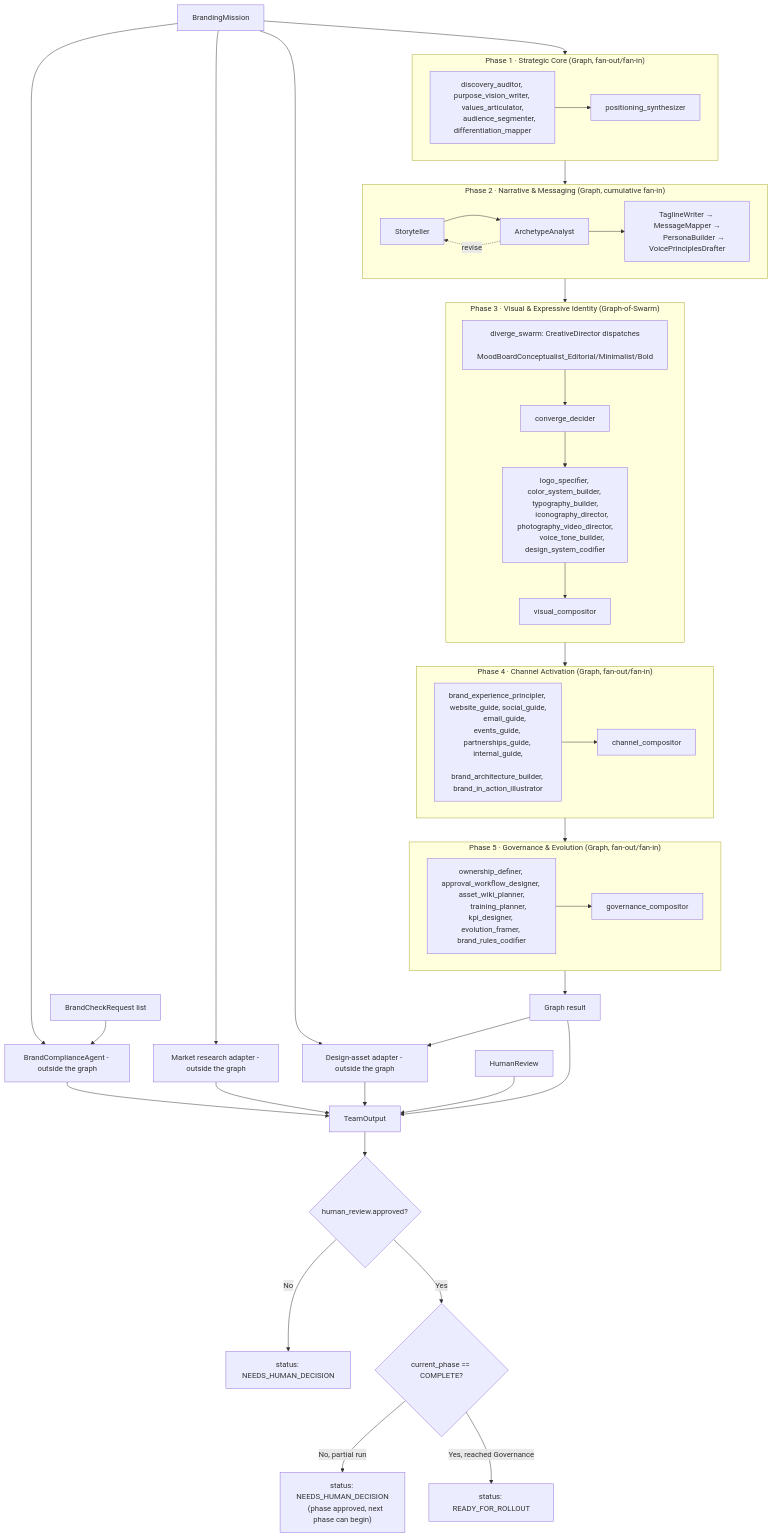
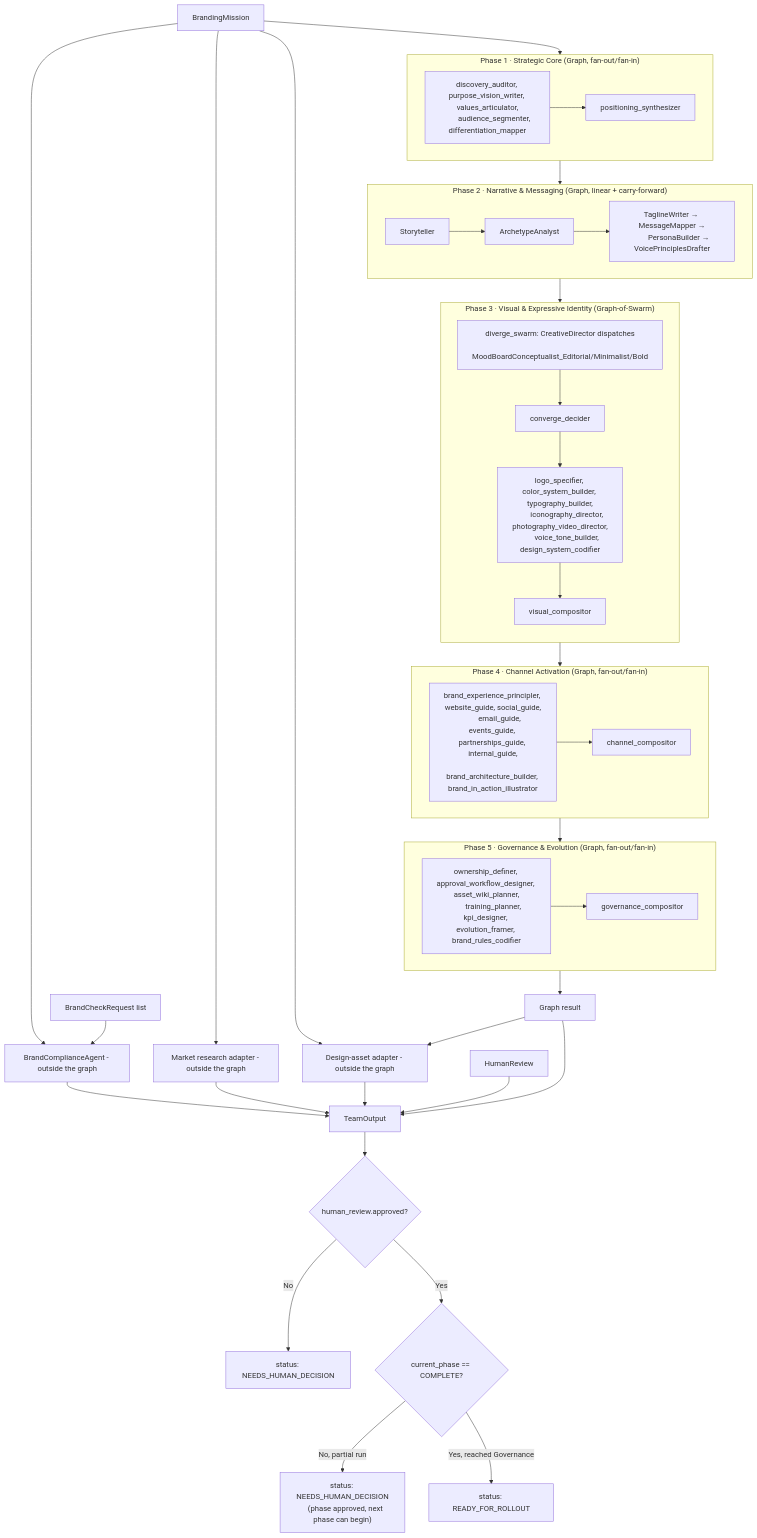
The first of 3 diagrams in backend/agents/branding_team/README.md (brandonkindred/Khala-Agentic-AI-Teams), drawn with Mermaid before and after one commit. The commit also changed other lines of this file and 8 other files, not shown here.

First line of the commit message:
Fix Phase 2 Graph races with linear carry-forward models.

````diff
--- a/backend/agents/branding_team/README.md
+++ b/backend/agents/branding_team/README.md
@@ -41,70 +41,69 @@
 ```mermaid
 flowchart TB
     Mission[BrandingMission] --> P1
 
     subgraph P1 ["Phase 1 · Strategic Core (Graph, fan-out/fan-in)"]
         direction LR
         P1nodes["discovery_auditor, purpose_vision_writer, values_articulator,
         audience_segmenter, differentiation_mapper"] --> P1join[positioning_synthesizer]
     end
 
     P1 --> P2
 
-    subgraph P2 ["Phase 2 · Narrative & Messaging (Graph, cumulative fan-in)"]
+    subgraph P2 ["Phase 2 · Narrative & Messaging (Graph, linear + carry-forward)"]
         direction LR
         P2a[Storyteller] --> P2b[ArchetypeAnalyst]
-        P2b -. revise .-> P2a
         P2b --> P2rest["TaglineWriter → MessageMapper →
         PersonaBuilder → VoicePrinciplesDrafter"]
     end
 
     P2 --> P3
 
     subgraph P3 ["Phase 3 · Visual & Expressive Identity (Graph-of-Swarm)"]
         direction TB
         P3swarm["diverge_swarm: CreativeDirector dispatches
         MoodBoardConceptualist_Editorial/Minimalist/Bold"] --> P3conv[converge_decider]
         P3conv --> P3fan["logo_specifier, color_system_builder, typography_builder,
         iconography_director, photography_video_director,
         voice_tone_builder, design_system_codifier"]
         P3fan --> P3comp[visual_compositor]
     end
 
     P3 --> P4
 
     subgraph P4 ["Phase 4 · Channel Activation (Graph, fan-out/fan-in)"]
         direction LR
         P4nodes["brand_experience_principler, website_guide, social_guide,
         email_guide, events_guide, partnerships_guide, internal_guide,
         brand_architecture_builder, brand_in_action_illustrator"] --> P4join[channel_compositor]
     end
 
     P4 --> P5
 
     subgraph P5 ["Phase 5 · Governance & Evolution (Graph, fan-out/fan-in)"]
         direction LR
         P5nodes["ownership_definer, approval_workflow_designer, asset_wiki_planner,
         training_planner, kpi_designer, evolution_framer, brand_rules_codifier"] --> P5join[governance_compositor]
     end
 
     P5 --> GraphResult[Graph result]
 
     Mission --> Compliance[BrandComplianceAgent - outside the graph]
     BrandChecks[BrandCheckRequest list] --> Compliance
     Mission --> MarketResearch[Market research adapter - outside the graph]
     Mission --> DesignAssets[Design-asset adapter - outside the graph]
     GraphResult --> DesignAssets
 
     GraphResult --> TeamOutput[TeamOutput]
     Compliance --> TeamOutput
     MarketResearch --> TeamOutput
     DesignAssets --> TeamOutput
     HumanReview[HumanReview] --> TeamOutput
 
     TeamOutput --> Approved{human_review.approved?}
     Approved -->|No| NeedsHuman[status: NEEDS_HUMAN_DECISION]
     Approved -->|Yes| Complete{current_phase == COMPLETE?}
     Complete -->|No, partial run| PhaseApproved["status: NEEDS_HUMAN_DECISION
     (phase approved, next phase can begin)"]
     Complete -->|Yes, reached Governance| Ready[status: READY_FOR_ROLLOUT]
 ```
````
